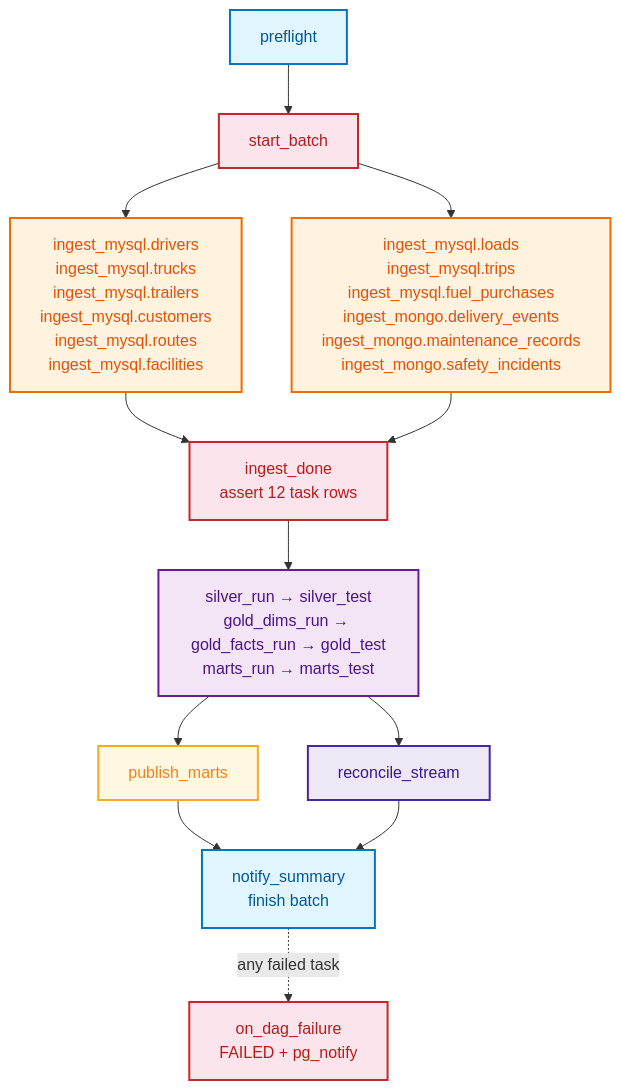
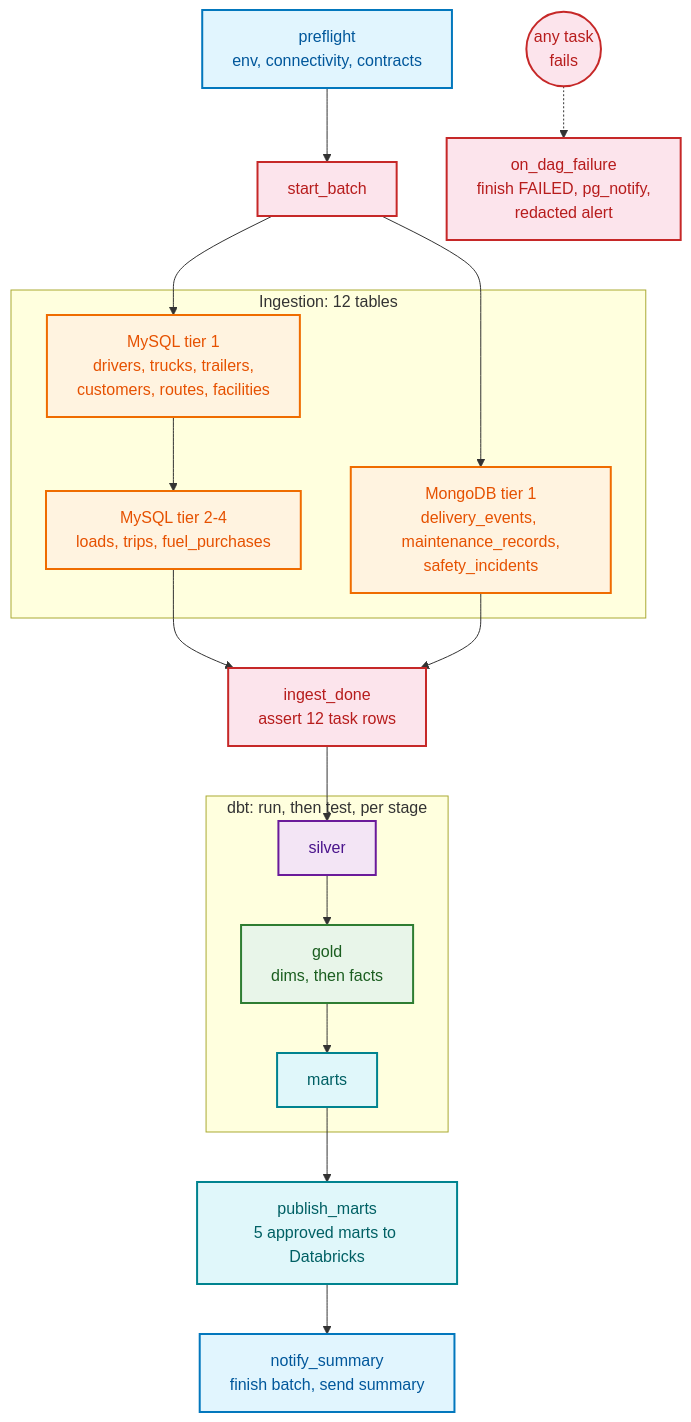
Before and after one commit to Nitinx12/Fleet-dbt-warehouse: the second of 2 diagrams in README.md, drawn with Mermaid.

Commit message:
Refactor Mermaid diagram styles and connections
Updated Mermaid diagram styles and flow for clarity, including new class definitions and connections.

````diff
--- a/README.md
+++ b/README.md
@@ -139,28 +139,40 @@
 ```mermaid
 flowchart TD
-  classDef orchestration fill:#e1f5fe,stroke:#0277bd,stroke-width:2px,color:#01579b
-  classDef control fill:#fce4ec,stroke:#c62828,stroke-width:2px,color:#b71c1c
+  classDef orch fill:#e1f5fe,stroke:#0277bd,stroke-width:2px,color:#01579b
+  classDef ctrl fill:#fce4ec,stroke:#c62828,stroke-width:2px,color:#b71c1c
   classDef bronze fill:#fff3e0,stroke:#ef6c00,stroke-width:2px,color:#e65100
   classDef silver fill:#f3e5f5,stroke:#6a1b9a,stroke-width:2px,color:#4a148c
-  classDef bi fill:#fff8e1,stroke:#f9a825,stroke-width:2px,color:#f57f17
-  classDef speed fill:#ede7f6,stroke:#4527a0,stroke-width:2px,color:#311b92
+  classDef gold fill:#e8f5e9,stroke:#2e7d32,stroke-width:2px,color:#1b5e20
+  classDef mart fill:#e0f7fa,stroke:#00838f,stroke-width:2px,color:#006064
 
-  PF["preflight"]:::orchestration
-  SB["start_batch"]:::control
-  ING["ingest_mysql.drivers<br/>ingest_mysql.trucks<br/>ingest_mysql.trailers<br/>ingest_mysql.customers<br/>ingest_mysql.routes<br/>ingest_mysql.facilities"]:::bronze
-  ING2["ingest_mysql.loads<br/>ingest_mysql.trips<br/>ingest_mysql.fuel_purchases<br/>ingest_mongo.delivery_events<br/>ingest_mongo.maintenance_records<br/>ingest_mongo.safety_incidents"]:::bronze
-  ID["ingest_done<br/>assert 12 task rows"]:::control
-  DBT["silver_run → silver_test<br/>gold_dims_run → gold_facts_run → gold_test<br/>marts_run → marts_test"]:::silver
-  PUB["publish_marts"]:::bi
-  REC["reconcile_stream"]:::speed
-  NS["notify_summary<br/>finish batch"]:::orchestration
-  FAIL["on_dag_failure<br/>FAILED + pg_notify"]:::control
+  PF["preflight<br/>env, connectivity, contracts"]:::orch
+  SB["start_batch"]:::ctrl
+
+  subgraph INGEST["Ingestion: 12 tables"]
+    M1["MySQL tier 1<br/>drivers, trucks, trailers,<br/>customers, routes, facilities"]:::bronze
+    M2["MySQL tier 2-4<br/>loads, trips, fuel_purchases"]:::bronze
+    MG["MongoDB tier 1<br/>delivery_events, maintenance_records,<br/>safety_incidents"]:::bronze
+    M1 --> M2
+  end
+
+  ID["ingest_done<br/>assert 12 task rows"]:::ctrl
+
+  subgraph DBT["dbt: run, then test, per stage"]
+    S["silver"]:::silver --> G["gold<br/>dims, then facts"]:::gold --> M["marts"]:::mart
+  end
+
+  PUB["publish_marts<br/>5 approved marts to Databricks"]:::mart
+  NS["notify_summary<br/>finish batch, send summary"]:::orch
+
+  ANY(("any task<br/>fails")):::ctrl
+  FAIL["on_dag_failure<br/>finish FAILED, pg_notify,<br/>redacted alert"]:::ctrl
 
   PF --> SB
-  SB --> ING & ING2
-  ING & ING2 --> ID
-  ID --> DBT
-  DBT --> PUB & REC
-  PUB & REC --> NS
-  NS -. "any failed task" .-> FAIL
+  SB --> M1
+  SB --> MG
+  M2 --> ID
+  MG --> ID
+  ID --> S
+  M --> PUB --> NS
+  ANY -.-> FAIL
 ```
````
